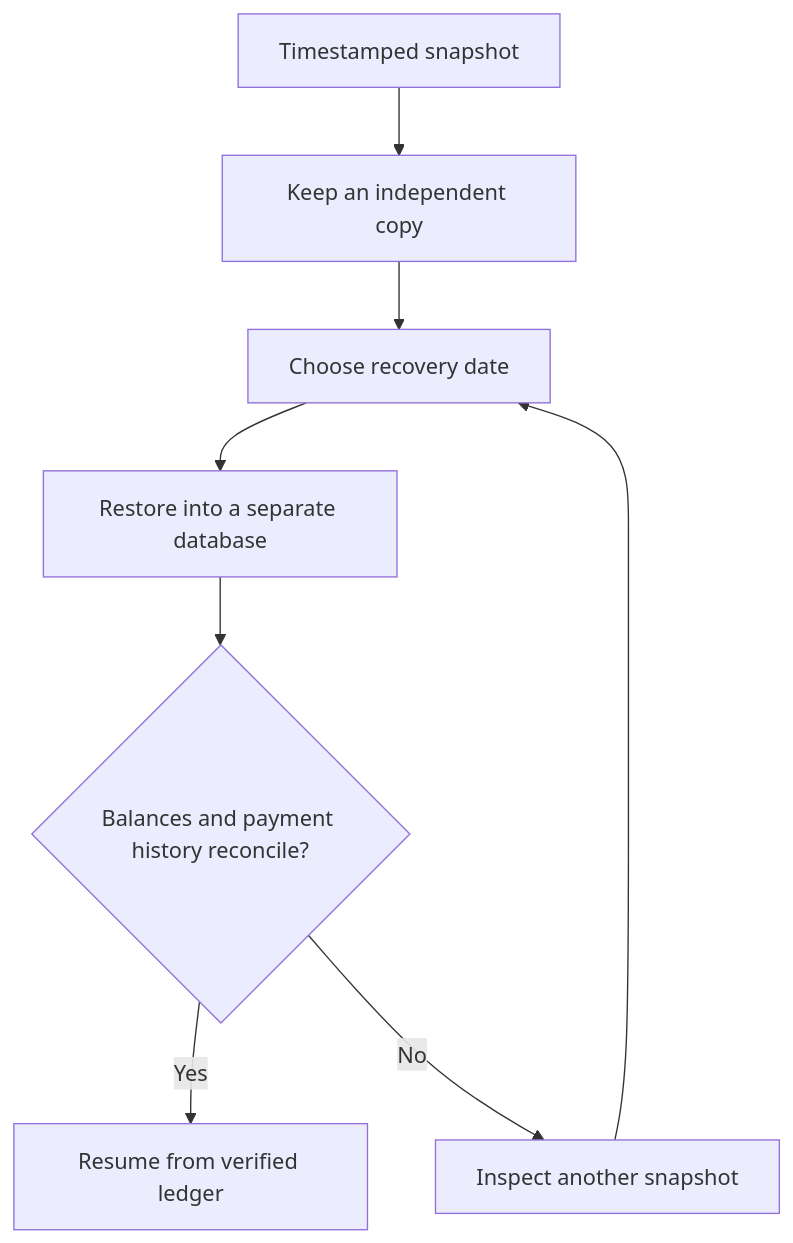
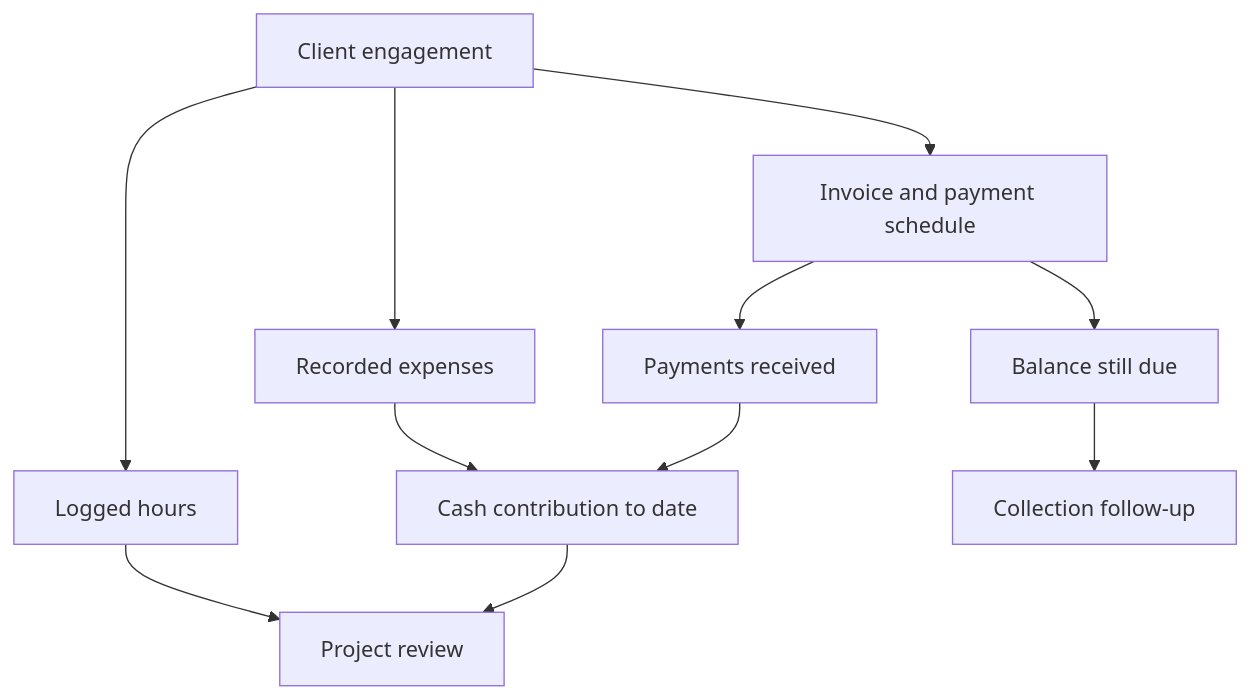
One commit to PerezChris99/kc-ledger changed the diagram in README.md. Above: the diagram before and after it, drawn with Mermaid. The commit also changed other lines of this file, not shown here.

Commit message:
docs: explain KC Ledger's business purpose to public readers

````diff
--- a/README.md
+++ b/README.md
@@ -76,10 +20,13 @@
 ```mermaid
 flowchart TD
-    A[Timestamped snapshot] --> B[Keep an independent copy]
-    B --> C[Choose recovery date]
-    C --> D[Restore into a separate database]
-    D --> E{Balances and payment history reconcile?}
-    E -->|Yes| F[Resume from verified ledger]
-    E -->|No| G[Inspect another snapshot]
-    G --> C
+    Work[Client engagement] --> Bill[Invoice and payment schedule]
+    Work --> Cost[Recorded expenses]
+    Work --> Time[Logged hours]
+    Bill --> Paid[Payments received]
+    Bill --> Due[Balance still due]
+    Paid --> Cash[Cash contribution to date]
+    Cost --> Cash
+    Cash --> Review[Project review]
+    Time --> Review
+    Due --> Follow[Collection follow-up]
 ```
````
